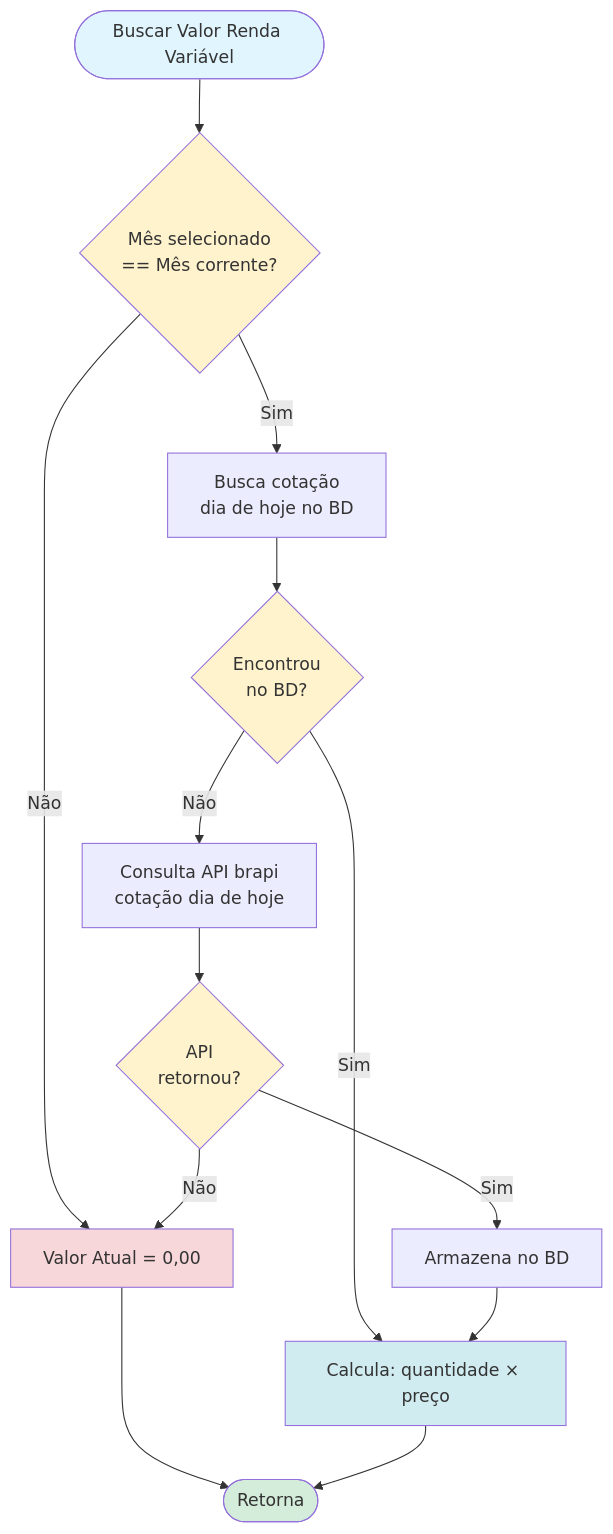
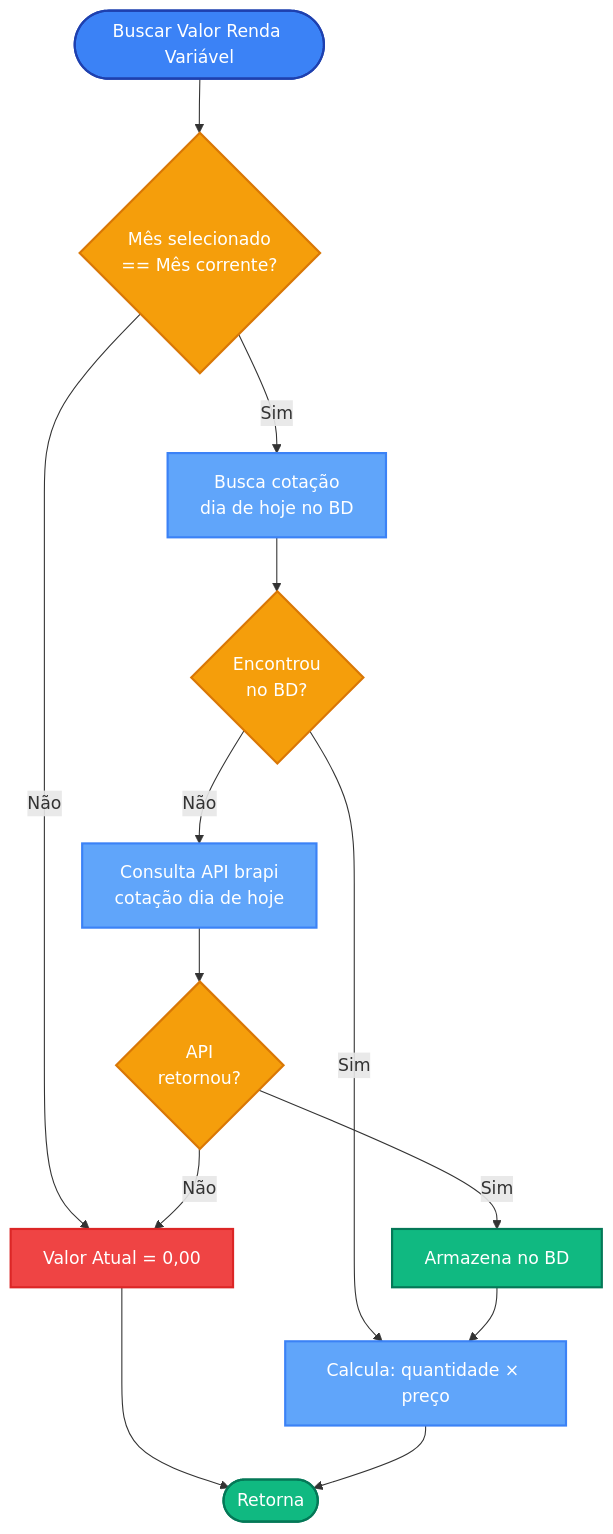
The second of 5 diagrams in docs/RF - Tela de Consulta de Posicionamento do Ativo no Periodo.md (enirsilvaferraz/Investments-KMP), drawn with Mermaid before and after one commit. The commit also changed other lines of this file, not shown here.

First line of the commit message:
docs: Update mermaid diagram styles in asset positioning doc

````diff
--- a/docs/RF - Tela de Consulta de Posicionamento do Ativo no Periodo.md
+++ b/docs/RF - Tela de Consulta de Posicionamento do Ativo no Periodo.md
@@ -134,29 +142,32 @@
 ```mermaid
 flowchart TD
     Start([Buscar Valor Renda Variável]) --> CheckMonth{Mês selecionado<br/>== Mês corrente?}
     
     CheckMonth -->|Não| Zero[Valor Atual = 0,00]
     Zero --> End([Retorna])
     
     CheckMonth -->|Sim| SearchDB[Busca cotação<br/>dia de hoje no BD]
     SearchDB --> Found{Encontrou<br/>no BD?}
     
     Found -->|Sim| Calc[Calcula: quantidade × preço]
     Calc --> End
     
     Found -->|Não| CallAPI[Consulta API brapi<br/>cotação dia de hoje]
     CallAPI --> APISuccess{API<br/>retornou?}
     
     APISuccess -->|Sim| Save[Armazena no BD]
     Save --> Calc
     
     APISuccess -->|Não| Zero
     
-    style Start fill:#e1f5ff
-    style End fill:#d4edda
-    style CheckMonth fill:#fff3cd
-    style Found fill:#fff3cd
-    style APISuccess fill:#fff3cd
-    style Zero fill:#f8d7da
-    style Calc fill:#d1ecf1
+    style Start fill:#3b82f6,stroke:#1e40af,stroke-width:2px,color:#fff
+    style End fill:#10b981,stroke:#047857,stroke-width:2px,color:#fff
+    style CheckMonth fill:#f59e0b,stroke:#d97706,stroke-width:2px,color:#fff
+    style Found fill:#f59e0b,stroke:#d97706,stroke-width:2px,color:#fff
+    style APISuccess fill:#f59e0b,stroke:#d97706,stroke-width:2px,color:#fff
+    style Zero fill:#ef4444,stroke:#dc2626,stroke-width:2px,color:#fff
+    style Calc fill:#60a5fa,stroke:#3b82f6,stroke-width:2px,color:#fff
+    style SearchDB fill:#60a5fa,stroke:#3b82f6,stroke-width:2px,color:#fff
+    style CallAPI fill:#60a5fa,stroke:#3b82f6,stroke-width:2px,color:#fff
+    style Save fill:#10b981,stroke:#047857,stroke-width:2px,color:#fff
 ```
````
